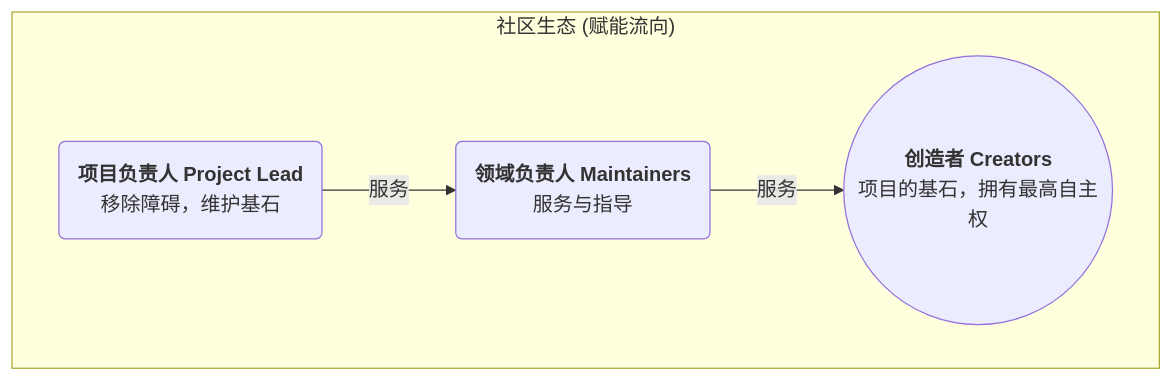
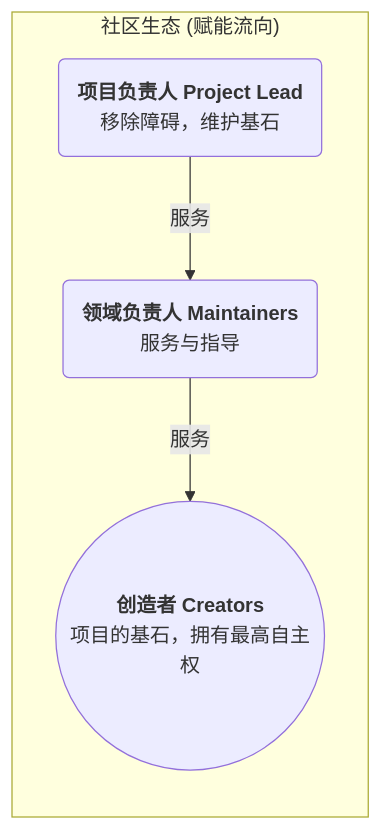
Before and after one commit to rainbow-loong/OneMind: the diagram in doc/open-source-governance/GOVERNANCE_CHARTER.md, drawn with Mermaid.

````diff
--- a/doc/open-source-governance/GOVERNANCE_CHARTER.md
+++ b/doc/open-source-governance/GOVERNANCE_CHARTER.md
@@ -36,12 +36,12 @@
     ```mermaid
-    graph TD
+    graph BT
         subgraph "社区生态 (赋能流向)"
             P("<b>项目负责人 Project Lead</b><br>移除障碍，维护基石")
             M("<b>领域负责人 Maintainers</b><br>服务与指导")
             C((<b>创造者 Creators</b><br>项目的基石，拥有最高自主权))
 
         end
 
         P -- 服务 --> M
         M -- 服务 --> C
     ```
````
